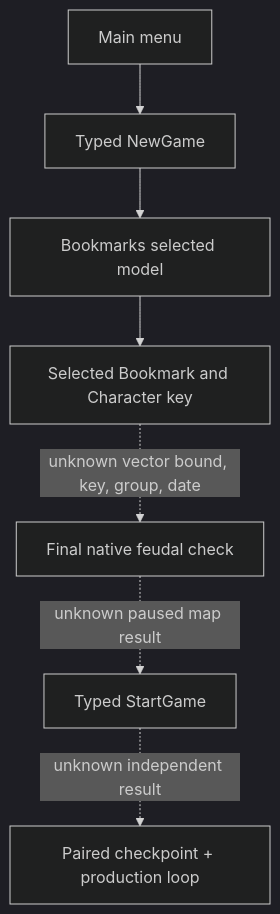
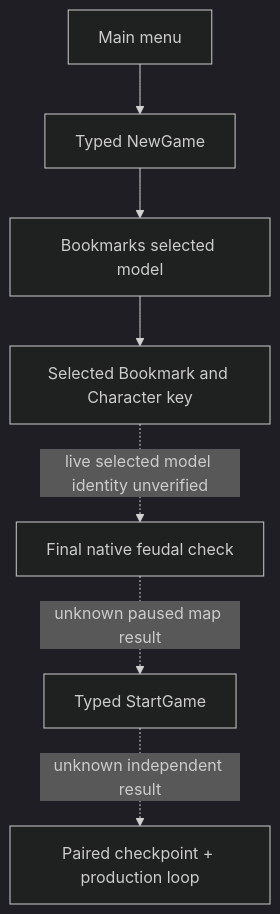
The diagram in docs/ck3-native-ai/frontend-1066-selected-model.md (XenoAmess/ck3_eternal_recurrence), drawn with Mermaid (dark theme) before and after one commit. The commit also changed other lines of this file and 6 other files, not shown here.

Commit message:
FEUDAL-MODEL-WIRE Expose guarded 1066 bookmark identity probe

````diff
--- a/docs/ck3-native-ai/frontend-1066-selected-model.md
+++ b/docs/ck3-native-ai/frontend-1066-selected-model.md
@@ -25,9 +27,9 @@
 ```mermaid
 flowchart TD
   A[Main menu] --> B[Typed NewGame]
   B --> C[Bookmarks selected model]
   C --> D[Selected Bookmark and Character key]
-  D -. unknown vector bound, key, group, date .-> E[Final native feudal check]
+  D -. live selected model identity unverified .-> E[Final native feudal check]
   E -. unknown paused map result .-> F[Typed StartGame]
   F -. unknown independent result .-> G[Paired checkpoint + production loop]
 ```
````
